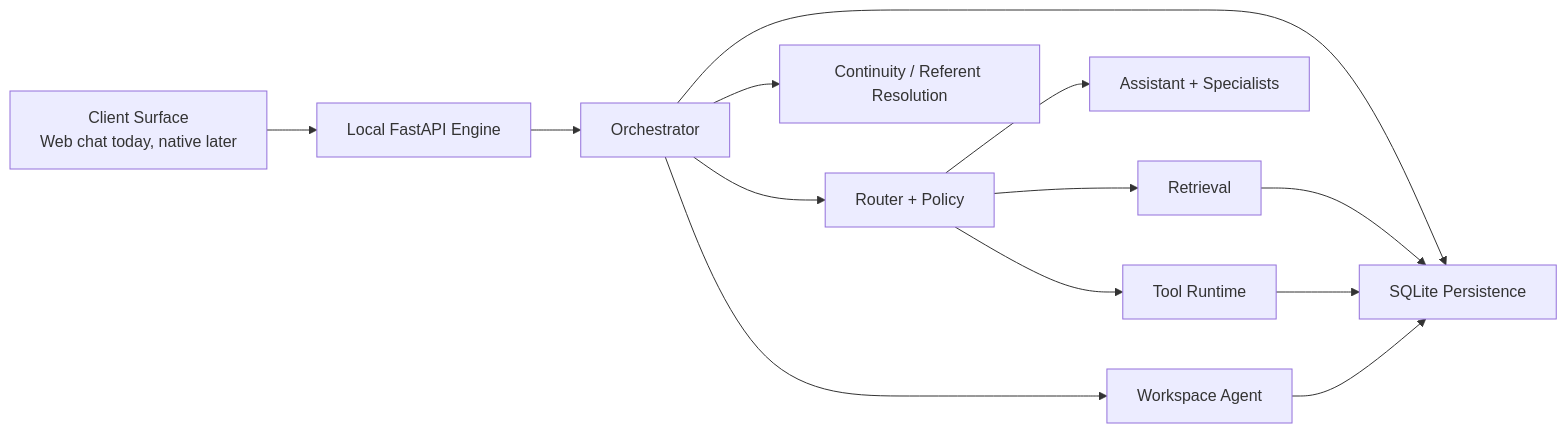
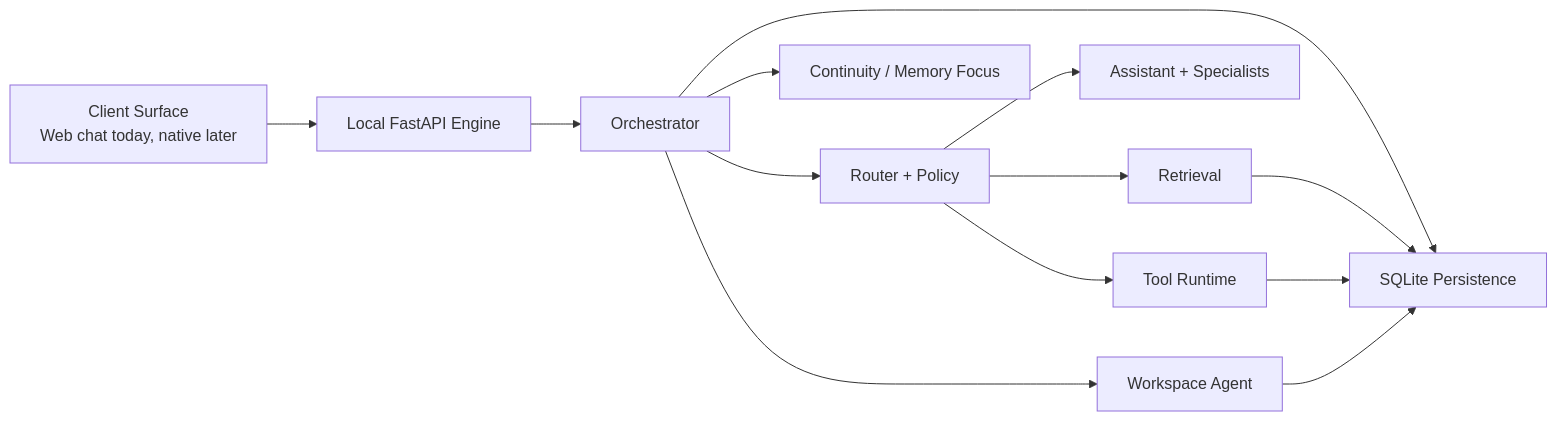
The first of 5 diagrams in README.md (CheickDiakite-yikes/gemma-local-expert), drawn with Mermaid before and after one commit. The commit also changed other lines of this file, not shown here.

Commit message:
Update README architecture and continuity docs

````diff
--- a/README.md
+++ b/README.md
@@ -370,15 +370,15 @@
 ```mermaid
 flowchart LR
     UI["Client Surface<br/>Web chat today, native later"] --> API["Local FastAPI Engine"]
     API --> ORCH["Orchestrator"]
     ORCH --> ROUTER["Router + Policy"]
-    ORCH --> CONTEXT["Continuity / Referent Resolution"]
+    ORCH --> CONTEXT["Continuity / Memory Focus"]
     ROUTER --> RETR["Retrieval"]
     ROUTER --> MODELS["Assistant + Specialists"]
     ROUTER --> TOOLS["Tool Runtime"]
     ORCH --> AGENT["Workspace Agent"]
     ORCH --> STORE["SQLite Persistence"]
     RETR --> STORE
     TOOLS --> STORE
     AGENT --> STORE
 ```
````
